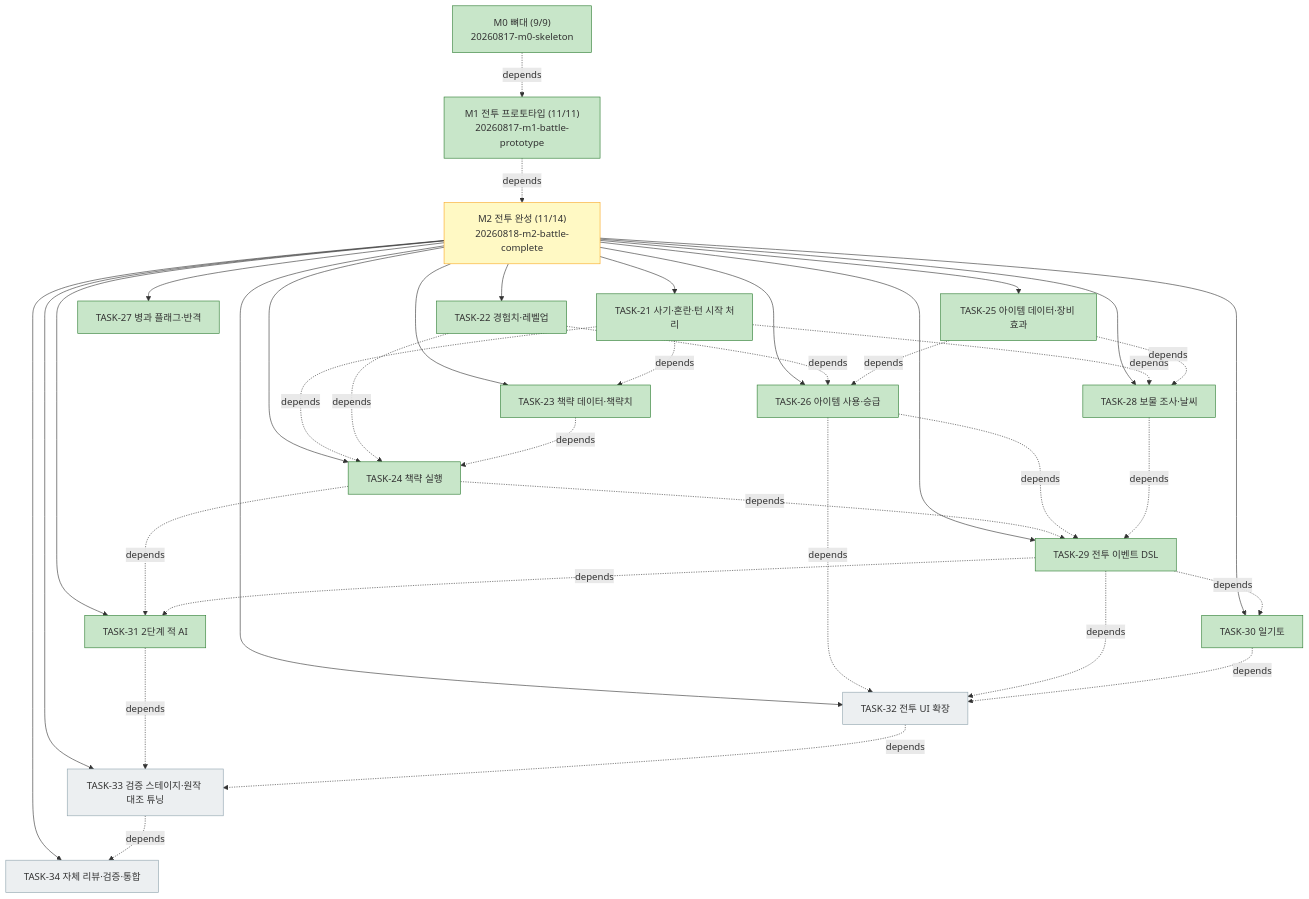
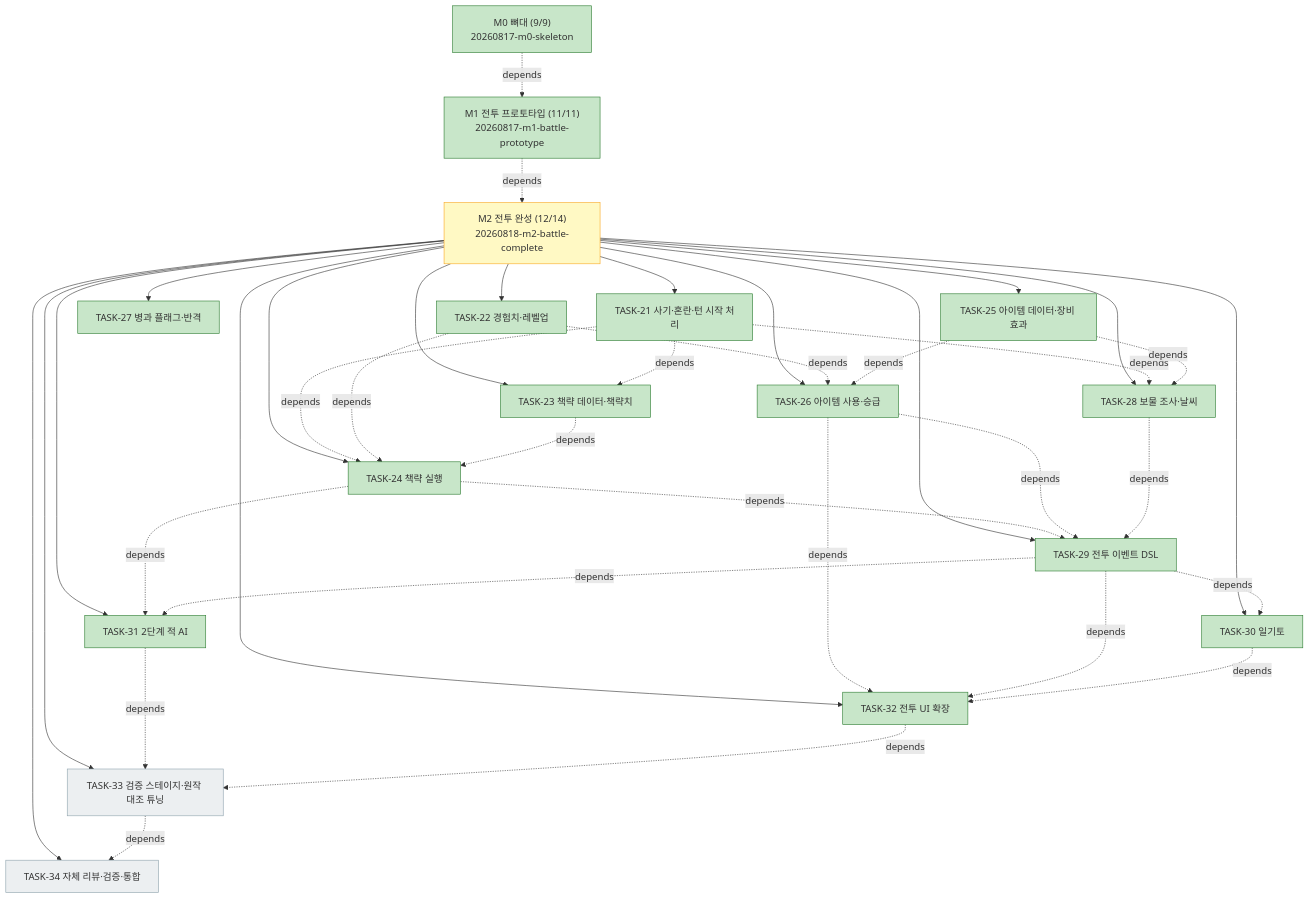
Before and after one commit to bluesky5008/HERO: the diagram in docs/plan.md, drawn with Mermaid. The commit also changed other lines of this file and 6 other files, not shown here.

````diff
--- a/docs/plan.md
+++ b/docs/plan.md
@@ -77,46 +77,46 @@
 ```mermaid
 flowchart TD
     M0["M0 뼈대 (9/9)<br/>20260817-m0-skeleton"]:::done
     M1["M1 전투 프로토타입 (11/11)<br/>20260817-m1-battle-prototype"]:::done
-    M2["M2 전투 완성 (11/14)<br/>20260818-m2-battle-complete"]:::active
+    M2["M2 전투 완성 (12/14)<br/>20260818-m2-battle-complete"]:::active
     M0 -. depends .-> M1
     M1 -. depends .-> M2
     M2 --> T21["TASK-21 사기·혼란·턴 시작 처리"]:::done
     M2 --> T22["TASK-22 경험치·레벨업"]:::done
     M2 --> T23["TASK-23 책략 데이터·책략치"]:::done
     M2 --> T24["TASK-24 책략 실행"]:::done
     M2 --> T25["TASK-25 아이템 데이터·장비 효과"]:::done
     M2 --> T26["TASK-26 아이템 사용·승급"]:::done
     M2 --> T27["TASK-27 병과 플래그·반격"]:::done
     M2 --> T28["TASK-28 보물 조사·날씨"]:::done
     M2 --> T29["TASK-29 전투 이벤트 DSL"]:::done
     M2 --> T30["TASK-30 일기토"]:::done
     M2 --> T31["TASK-31 2단계 적 AI"]:::done
-    M2 --> T32["TASK-32 전투 UI 확장"]:::todo
+    M2 --> T32["TASK-32 전투 UI 확장"]:::done
     M2 --> T33["TASK-33 검증 스테이지·원작 대조 튜닝"]:::todo
     M2 --> T34["TASK-34 자체 리뷰·검증·통합"]:::todo
     T21 -. depends .-> T23
     T21 -. depends .-> T24
     T22 -. depends .-> T24
     T23 -. depends .-> T24
     T22 -. depends .-> T26
     T25 -. depends .-> T26
     T21 -. depends .-> T28
     T25 -. depends .-> T28
     T24 -. depends .-> T29
     T26 -. depends .-> T29
     T28 -. depends .-> T29
     T29 -. depends .-> T30
     T24 -. depends .-> T31
     T29 -. depends .-> T31
     T26 -. depends .-> T32
     T29 -. depends .-> T32
     T30 -. depends .-> T32
     T31 -. depends .-> T33
     T32 -. depends .-> T33
     T33 -. depends .-> T34
     classDef done fill:#c8e6c9,stroke:#2e7d32
     classDef active fill:#fff9c4,stroke:#f9a825
     classDef todo fill:#eceff1,stroke:#90a4ae
     classDef gate fill:#ffcdd2,stroke:#c62828
 ```
````
